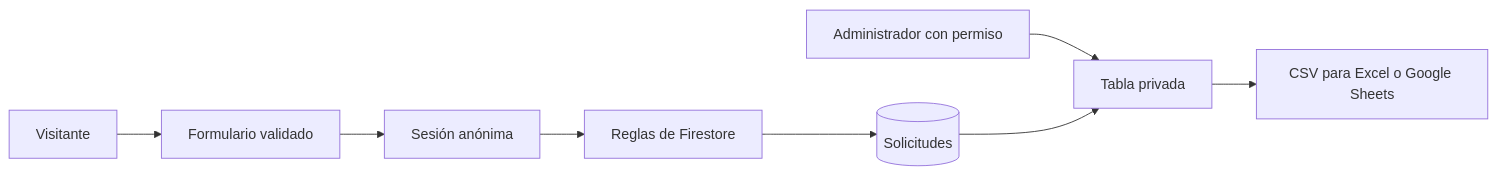
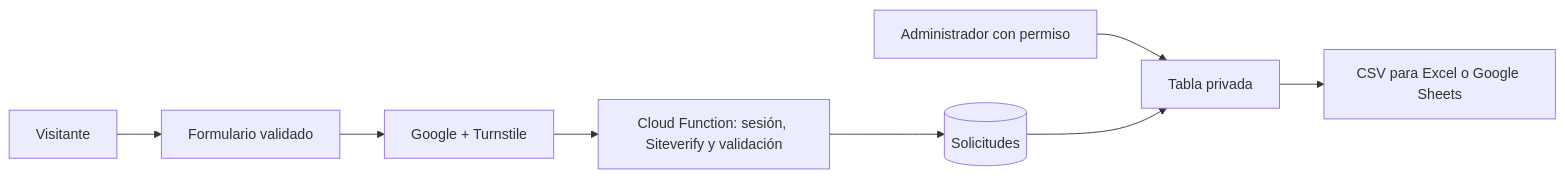
Before and after one commit to LeninAsto/HarmonyHeights: the diagram in docs/INFORME_TECNICO.md, drawn with Mermaid. The commit also changed other lines of this file and 28 other files, not shown here.

Commit message:
Add Google sign-in, Turnstile verification, scheduling and dark theme

````diff
--- a/docs/INFORME_TECNICO.md
+++ b/docs/INFORME_TECNICO.md
@@ -25,10 +25,10 @@
 ```mermaid
 flowchart LR
     V[Visitante] --> F[Formulario validado]
-    F --> A[Sesión anónima]
-    A --> R[Reglas de Firestore]
+    F --> A[Google + Turnstile]
+    A --> R[Cloud Function: sesión, Siteverify y validación]
     R --> D[(Solicitudes)]
     U[Administrador con permiso] --> T[Tabla privada]
     D --> T
     T --> C[CSV para Excel o Google Sheets]
 ```
````
